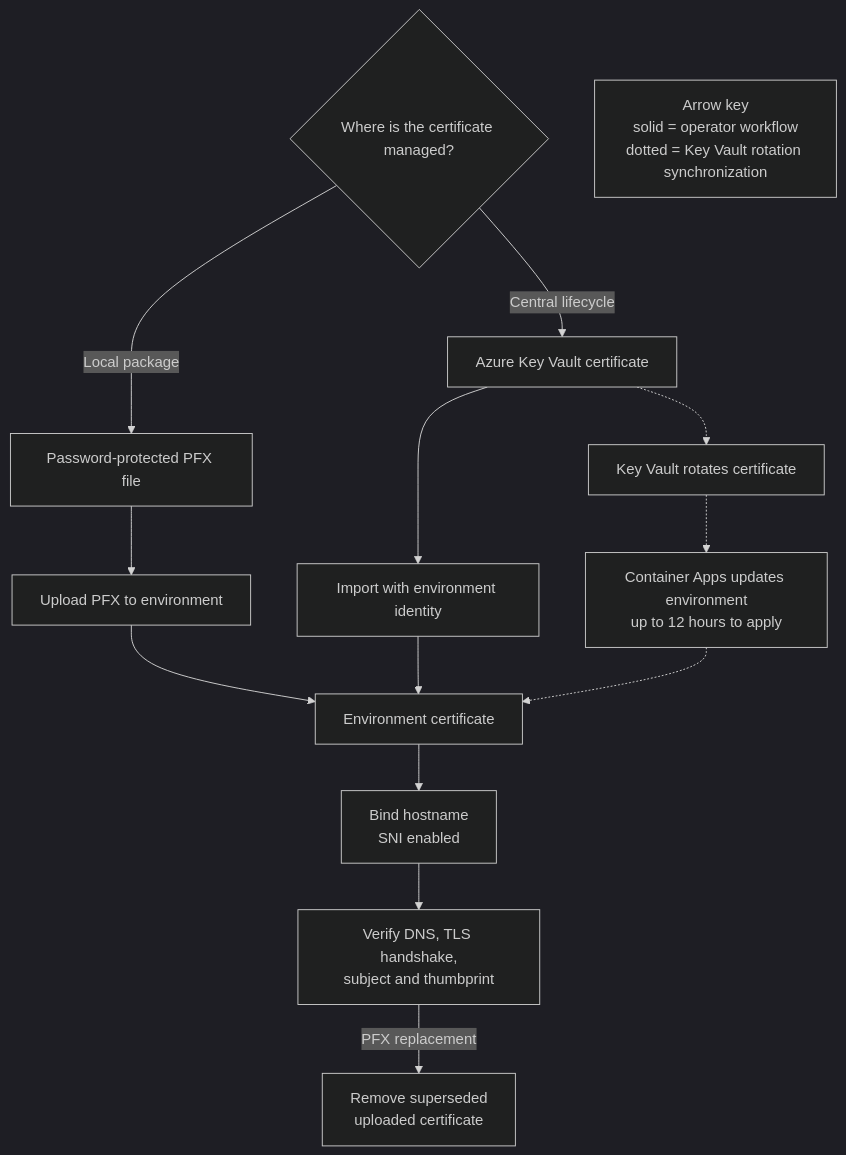
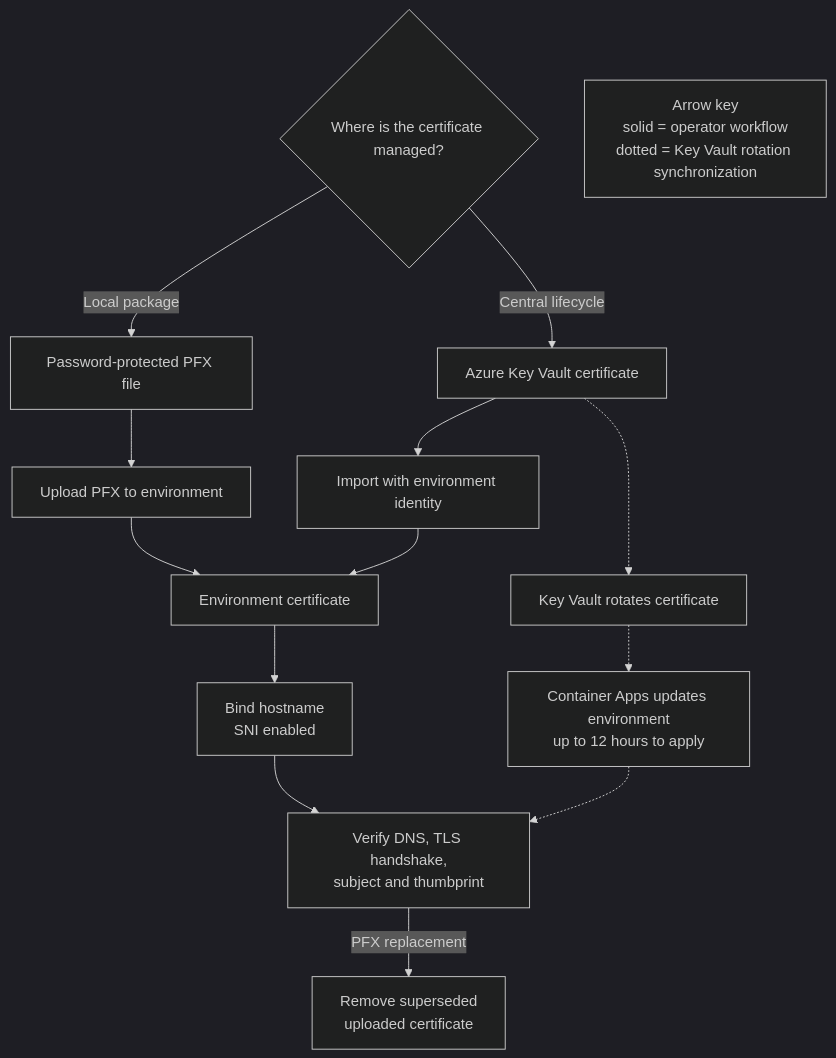
The diagram in docs/operations/custom-domains/byo-certificates.md (yeongseon/azure-container-apps-practical-guide), drawn with Mermaid (dark theme) before and after one commit. The commit also changed other lines of this file, not shown here.

Commit message:
fix(custom-domains): verify synchronized Key Vault certificates

````diff
--- a/docs/operations/custom-domains/byo-certificates.md
+++ b/docs/operations/custom-domains/byo-certificates.md
@@ -113,32 +113,32 @@
 ```mermaid
 flowchart TD
     accTitle: Bring-your-own certificate source and rotation flow
     accDescr: Choose a PFX upload or Key Vault import. Both create an environment certificate that is bound to the app hostname with SNI. Verify the served certificate before removing an old uploaded certificate; Key Vault rotation instead synchronizes automatically and can take up to 12 hours to apply.
 
     SOURCE{"Where is the certificate managed?"}
     PFX["Password-protected PFX file"]
     KV["Azure Key Vault certificate"]
     UPLOAD["Upload PFX to environment"]
     IMPORT["Import with environment identity"]
     ENV_CERT["Environment certificate"]
     BIND["Bind hostname<br/>SNI enabled"]
     VERIFY["Verify DNS, TLS handshake,<br/>subject and thumbprint"]
     REMOVE["Remove superseded<br/>uploaded certificate"]
     ROTATE["Key Vault rotates certificate"]
     SYNC["Container Apps updates environment<br/>up to 12 hours to apply"]
 
     SOURCE -->|"Local package"| PFX
     SOURCE -->|"Central lifecycle"| KV
     PFX --> UPLOAD
     KV --> IMPORT
     UPLOAD --> ENV_CERT
     IMPORT --> ENV_CERT
     ENV_CERT --> BIND
     BIND --> VERIFY
     VERIFY -->|"PFX replacement"| REMOVE
     KV -.-> ROTATE
     ROTATE -.-> SYNC
-    SYNC -.-> ENV_CERT
+    SYNC -.-> VERIFY
 
     LEGEND["Arrow key<br/>solid = operator workflow<br/>dotted = Key Vault rotation synchronization"]
 ```
````
